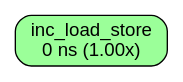
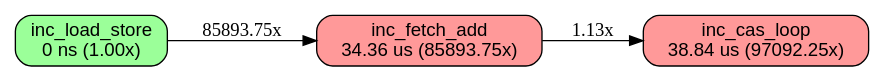
Before and after one commit to orgrinrt/hilavitkutin: the diagram in docs/BENCHES.atomic_inc_strategy.atomic_inc_strategy_n16384.macos-aarch64-c8-bare-apple.dot, drawn with Graphviz. The commit also changed 318 other files, not shown here.

```diff
--- a/docs/BENCHES.atomic_inc_strategy.atomic_inc_strategy_n16384.macos-aarch64-c8-bare-apple.dot
+++ b/docs/BENCHES.atomic_inc_strategy.atomic_inc_strategy_n16384.macos-aarch64-c8-bare-apple.dot
@@ -1,12 +1,16 @@
 // AUTO-GENERATED: DO NOT EDIT DIRECTLY
 //
 // Generated by: mockspace (mock)
-// Generated at: 2026-11-15T14:25:39Z
+// Generated at: 2026-11-22T21:16:14Z
 // Source: mock/
 // To regenerate: cargo mock
 
 digraph "atomic_inc_strategy/atomic_inc_strategy_n16384 on macos-aarch64-c8-bare-apple" {
   rankdir=LR;
   node [shape=box, style="rounded,filled", fontname="Helvetica"];
   v0 [label="inc_load_store\n0 ns (1.00x)", fillcolor="0.330 0.4 1.0"];
+  v1 [label="inc_fetch_add\n34.36 us (85893.75x)", fillcolor="0.000 0.4 1.0"];
+  v2 [label="inc_cas_loop\n38.84 us (97092.25x)", fillcolor="0.000 0.4 1.0"];
+  v0 -> v1 [label="85893.75x"];
+  v1 -> v2 [label="1.13x"];
 }
```
